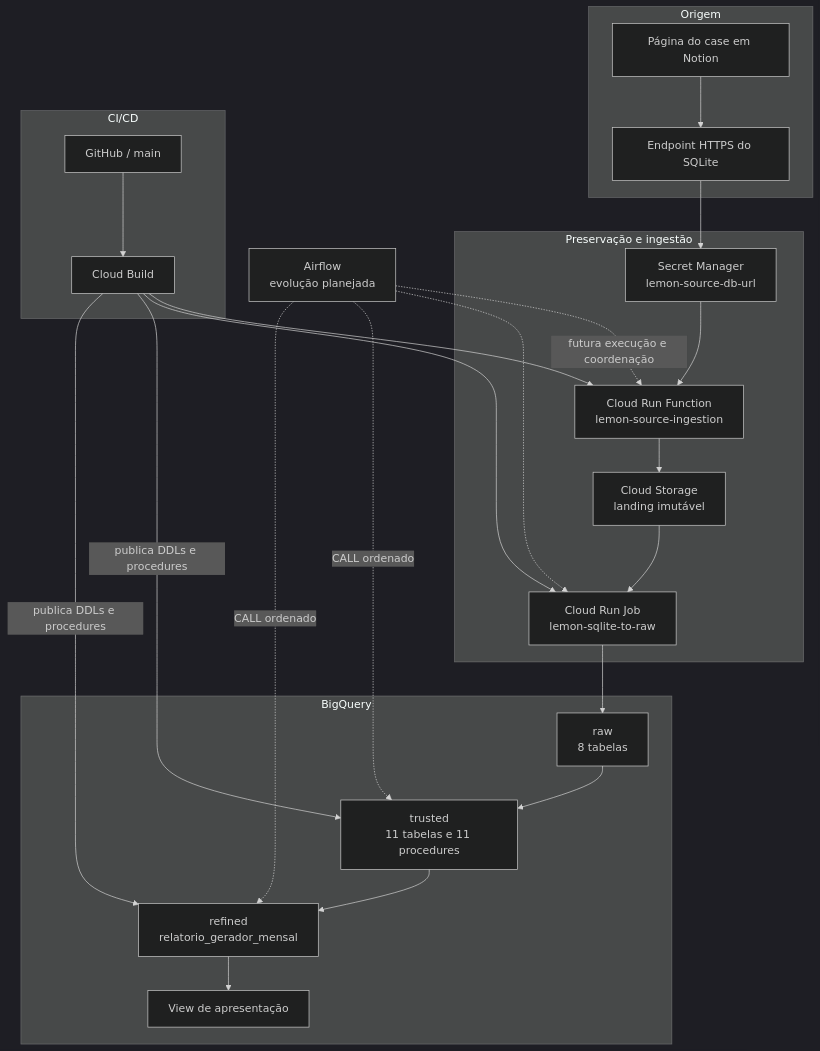
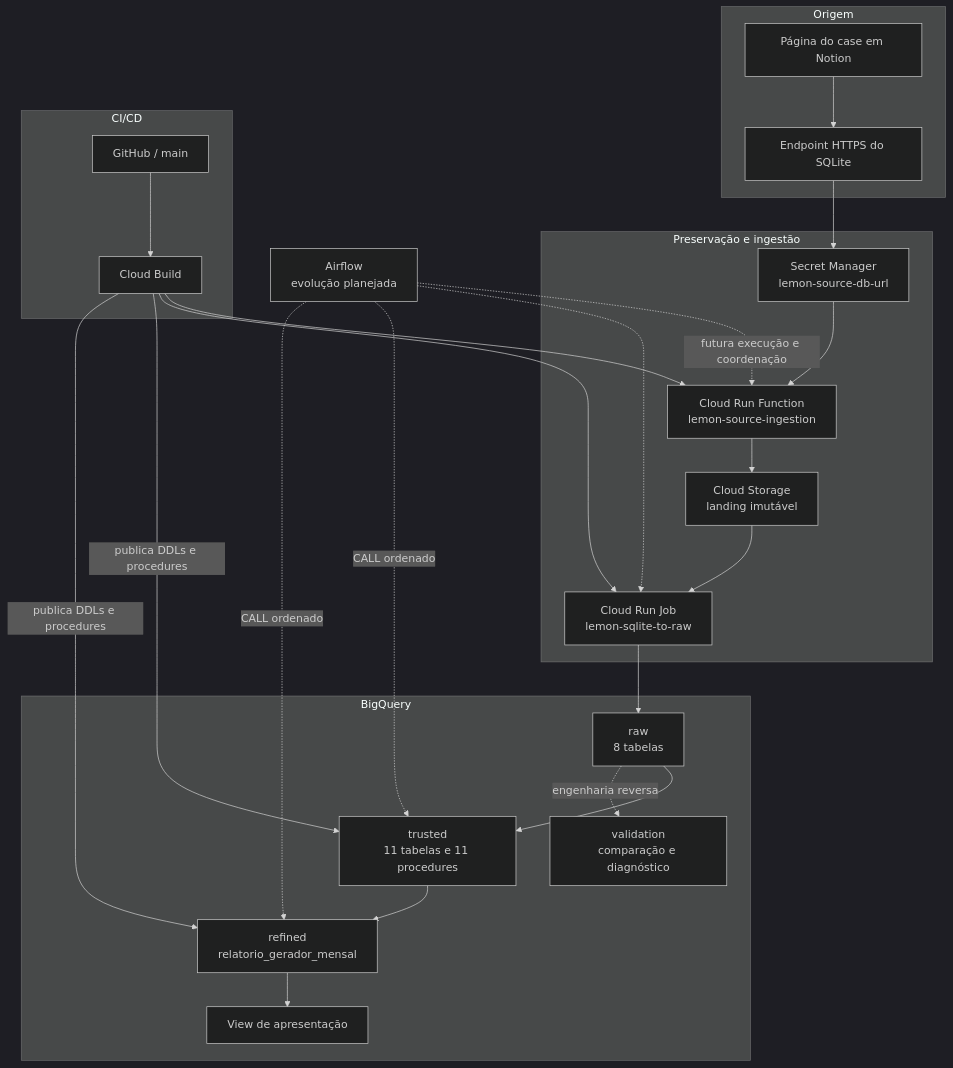
The diagram in docs/architecture.md (M4v3r1ck86/lemon-ae-case), drawn with Mermaid (dark theme) before and after one commit. The commit also changed other lines of this file and 16 other files, not shown here.

````diff
--- a/docs/architecture.md
+++ b/docs/architecture.md
@@ -16,36 +16,38 @@
 ```mermaid
 flowchart TB
     subgraph Source[Origem]
         NOTION[Página do case em Notion] --> URL[Endpoint HTTPS do SQLite]
     end
 
     subgraph Ingestion[Preservação e ingestão]
         SECRET[Secret Manager<br/>lemon-source-db-url]
         FUNCTION[Cloud Run Function<br/>lemon-source-ingestion]
         LANDING[Cloud Storage<br/>landing imutável]
         JOB[Cloud Run Job<br/>lemon-sqlite-to-raw]
     end
 
     subgraph BQ[BigQuery]
         RAW[raw<br/>8 tabelas]
         TRUSTED[trusted<br/>11 tabelas e 11 procedures]
         REFINED[refined<br/>relatorio_gerador_mensal]
         VIEW[View de apresentação]
+        VALIDATION[validation<br/>comparação e diagnóstico]
     end
 
     subgraph CICD[CI/CD]
         GITHUB[GitHub / main] --> BUILD[Cloud Build]
     end
 
     AIRFLOW[Airflow<br/>evolução planejada]
 
     URL --> SECRET --> FUNCTION --> LANDING --> JOB --> RAW --> TRUSTED --> REFINED --> VIEW
+    RAW -. engenharia reversa .-> VALIDATION
     BUILD --> FUNCTION
     BUILD --> JOB
     BUILD -->|publica DDLs e procedures| TRUSTED
     BUILD -->|publica DDLs e procedures| REFINED
     AIRFLOW -. futura execução e coordenação .-> FUNCTION
     AIRFLOW -.-> JOB
     AIRFLOW -. CALL ordenado .-> TRUSTED
     AIRFLOW -. CALL ordenado .-> REFINED
 ```
````
